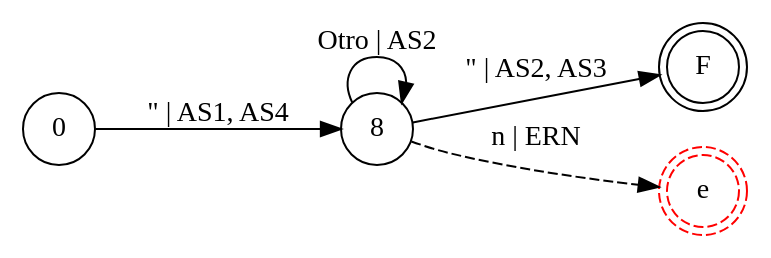
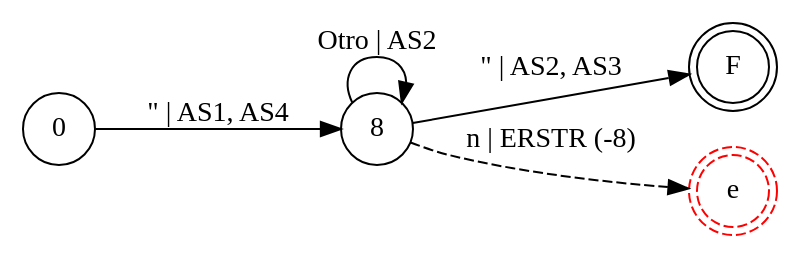
One commit to iroumec/RouVel-Compiler changed the diagram in resources/diagrams/graphs/strings.dot. Above: the diagram before and after it, drawn with Graphviz. The commit also changed 23 other files, not shown here.

```diff
--- a/resources/diagrams/graphs/strings.dot
+++ b/resources/diagrams/graphs/strings.dot
@@ -1,11 +1,11 @@
 digraph DFA {
     rankdir = LR;
     node [shape = circle;];
     F [shape = doublecircle;];
     eS [shape = doublecircle;style = dashed;color = red;label = "e";];
     
     0 -> 8 [label = "\" | AS1, AS4";];
     8 -> 8 [label = "Otro | AS2";];
     8 -> F [label = "\" | AS2, AS3";];
-    8 -> eS [label = "n | ERN"; style = dashed;];
+    8 -> eS [label = "n | ERSTR (-8)"; style = dashed;];
 }
```
